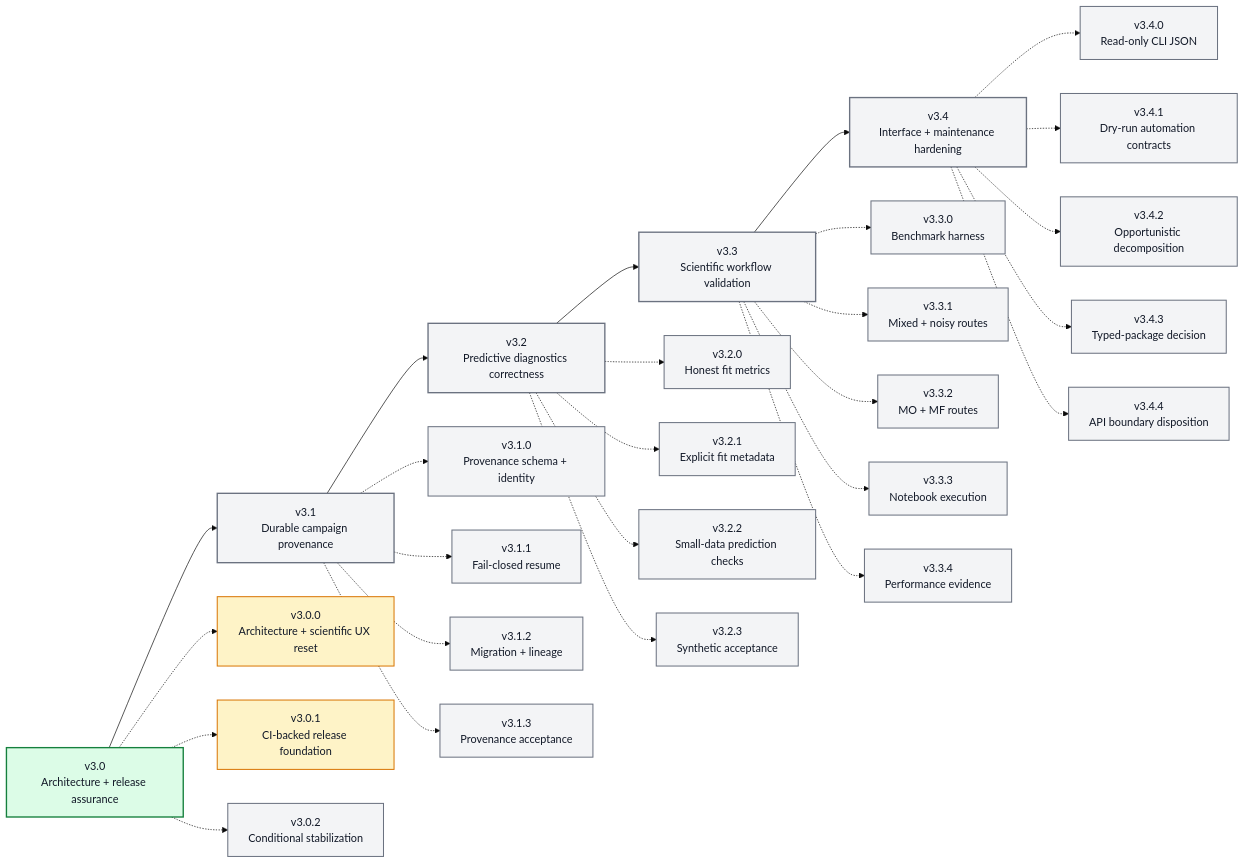
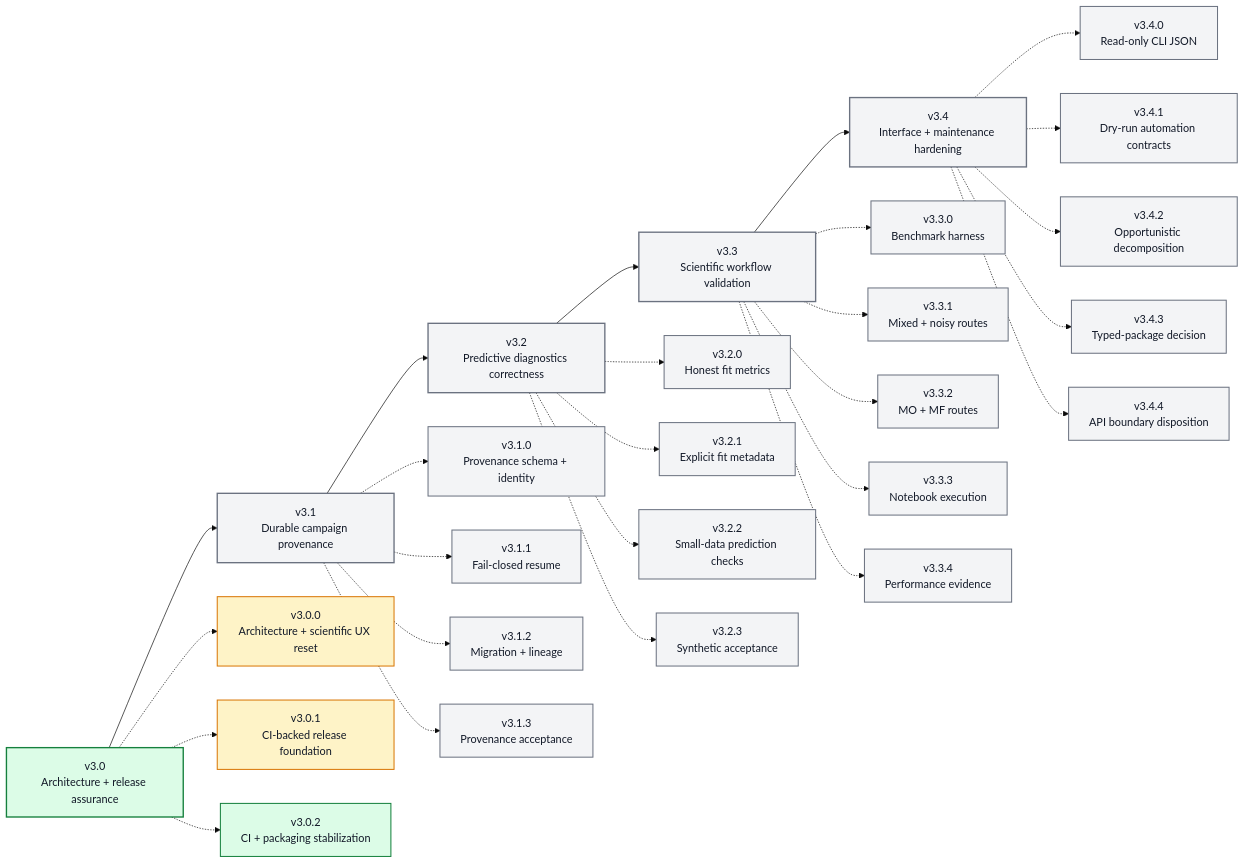
One commit to angzeli/bo-forge changed the diagram in ROADMAP_V3_X.md. Above: the diagram before and after it, drawn with Mermaid (base theme). The commit also changed other lines of this file and 18 other files, not shown here.

````diff
--- a/ROADMAP_V3_X.md
+++ b/ROADMAP_V3_X.md
@@ -12,60 +13,61 @@
 ```mermaid
 flowchart LR
     v30["v3.0<br/>Architecture + release assurance"] --> v31["v3.1<br/>Durable campaign provenance"] --> v32["v3.2<br/>Predictive diagnostics correctness"] --> v33["v3.3<br/>Scientific workflow validation"] --> v34["v3.4<br/>Interface + maintenance hardening"]
 
     v300["v3.0.0<br/>Architecture + scientific UX reset"]
     v301["v3.0.1<br/>CI-backed release foundation"]
-    v302["v3.0.2<br/>Conditional stabilization"]
+    v302["v3.0.2<br/>CI + packaging stabilization"]
     v310["v3.1.0<br/>Provenance schema + identity"]
     v311["v3.1.1<br/>Fail-closed resume"]
     v312["v3.1.2<br/>Migration + lineage"]
     v313["v3.1.3<br/>Provenance acceptance"]
     v320["v3.2.0<br/>Honest fit metrics"]
     v321["v3.2.1<br/>Explicit fit metadata"]
     v322["v3.2.2<br/>Small-data prediction checks"]
     v323["v3.2.3<br/>Synthetic acceptance"]
     v330["v3.3.0<br/>Benchmark harness"]
     v331["v3.3.1<br/>Mixed + noisy routes"]
     v332["v3.3.2<br/>MO + MF routes"]
     v333["v3.3.3<br/>Notebook execution"]
     v334["v3.3.4<br/>Performance evidence"]
     v340["v3.4.0<br/>Read-only CLI JSON"]
     v341["v3.4.1<br/>Dry-run automation contracts"]
     v342["v3.4.2<br/>Opportunistic decomposition"]
     v343["v3.4.3<br/>Typed-package decision"]
     v344["v3.4.4<br/>API boundary disposition"]
 
     v30 -.-> v300
     v30 -.-> v301
     v30 -.-> v302
     v31 -.-> v310
     v31 -.-> v311
     v31 -.-> v312
     v31 -.-> v313
     v32 -.-> v320
     v32 -.-> v321
     v32 -.-> v322
     v32 -.-> v323
     v33 -.-> v330
     v33 -.-> v331
     v33 -.-> v332
     v33 -.-> v333
     v33 -.-> v334
     v34 -.-> v340
     v34 -.-> v341
     v34 -.-> v342
     v34 -.-> v343
     v34 -.-> v344
 
     class v30 majorActive
     class v31,v32,v33,v34 majorFuture
     class v300,v301 patchDone
-    class v302,v310,v311,v312,v313,v320,v321,v322,v323,v330,v331,v332,v333,v334,v340,v341,v342,v343,v344 patchFuture
+    class v302 patchActive
+    class v310,v311,v312,v313,v320,v321,v322,v323,v330,v331,v332,v333,v334,v340,v341,v342,v343,v344 patchFuture
 
     classDef majorDone fill:#dbeafe,stroke:#1d4ed8,stroke-width:2px,color:#111827;
     classDef majorActive fill:#dcfce7,stroke:#15803d,stroke-width:2px,color:#111827;
     classDef majorFuture fill:#f3f4f6,stroke:#6b7280,stroke-width:2px,color:#111827;
     classDef patchDone fill:#fef3c7,stroke:#d97706,stroke-width:1.5px,color:#111827;
     classDef patchActive fill:#dcfce7,stroke:#15803d,stroke-width:1.5px,color:#111827;
     classDef patchFuture fill:#f3f4f6,stroke:#6b7280,stroke-width:1.5px,color:#111827;
 ```
````
